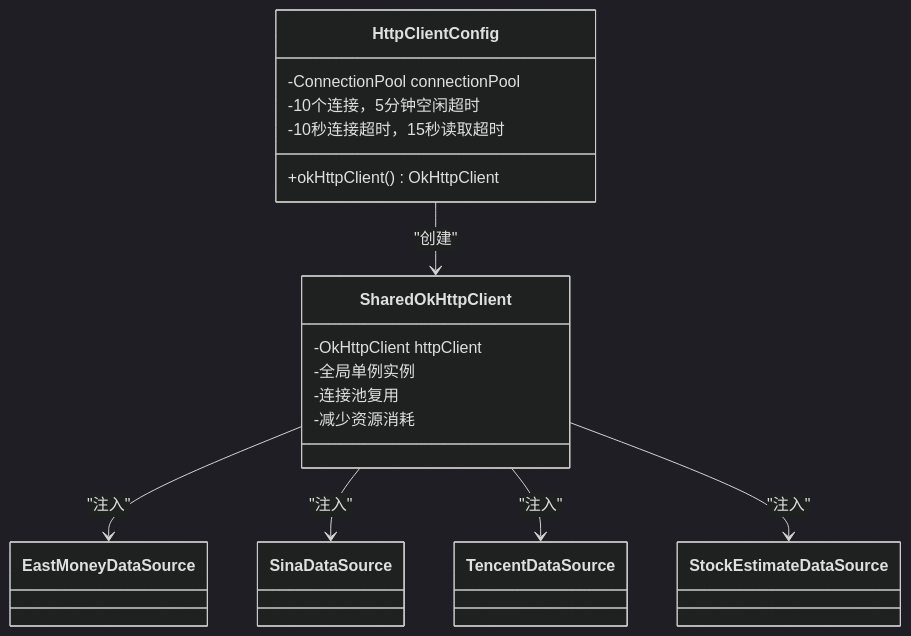
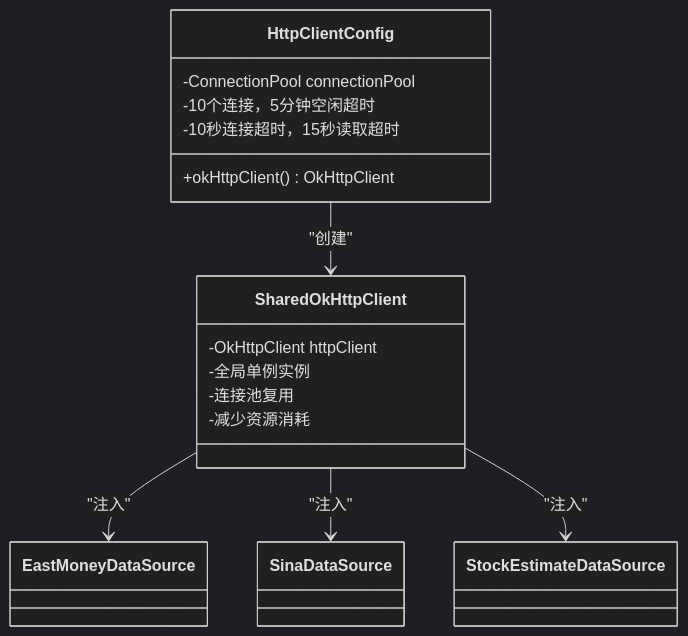
Before and after one commit to gree-coder/fund-butler: diagram 15 of 28 in .qoder/repowiki/zh/content/核心功能开发/多源基金估值系统.md, drawn with Mermaid (dark theme). The commit also changed other lines of this file and 5 other files, not shown here.

````diff
--- a/.qoder/repowiki/zh/content/核心功能开发/多源基金估值系统.md
+++ b/.qoder/repowiki/zh/content/核心功能开发/多源基金估值系统.md
@@ -663,20 +648,19 @@
 ```mermaid
 classDiagram
 class HttpClientConfig {
 +okHttpClient() OkHttpClient
 -ConnectionPool connectionPool
 -10个连接，5分钟空闲超时
 -10秒连接超时，15秒读取超时
 }
 class SharedOkHttpClient {
 -OkHttpClient httpClient
 -全局单例实例
 -连接池复用
 -减少资源消耗
 }
 HttpClientConfig --> SharedOkHttpClient : "创建"
 SharedOkHttpClient --> EastMoneyDataSource : "注入"
 SharedOkHttpClient --> SinaDataSource : "注入"
-SharedOkHttpClient --> TencentDataSource : "注入"
 SharedOkHttpClient --> StockEstimateDataSource : "注入"
 ```
````
